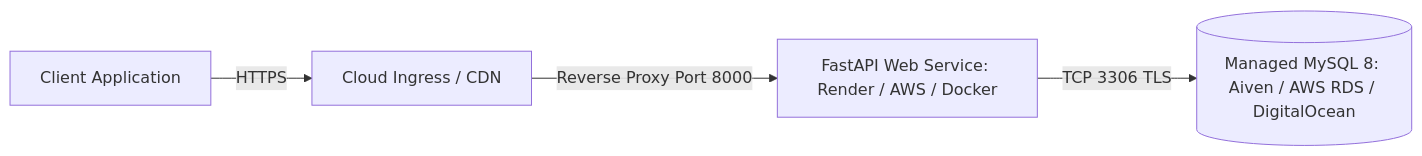
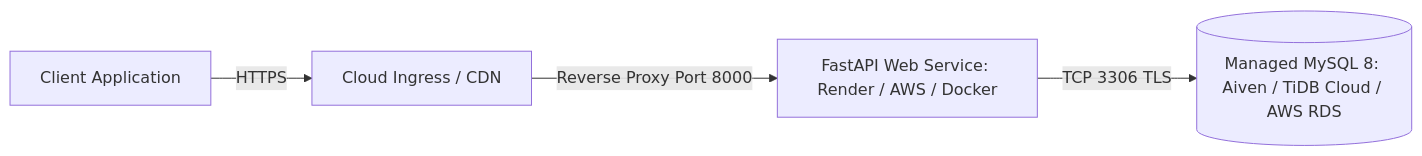
Before and after one commit to nithishjaikumar/InsightEngine: the diagram in docs/DEPLOYMENT_GUIDE.md, drawn with Mermaid. The commit also changed other lines of this file, not shown here.

Commit message:
docs: expand cloud deployment guide with provider comparison and setup instructions

````diff
--- a/docs/DEPLOYMENT_GUIDE.md
+++ b/docs/DEPLOYMENT_GUIDE.md
@@ -11,6 +11,6 @@
 ```mermaid
 graph LR
     User[Client Application] -->|HTTPS| Proxy[Cloud Ingress / CDN]
     Proxy -->|Reverse Proxy Port 8000| Service[FastAPI Web Service: Render / AWS / Docker]
-    Service -->|TCP 3306 TLS| DB[(Managed MySQL 8: Aiven / AWS RDS / DigitalOcean)]
+    Service -->|TCP 3306 TLS| DB[(Managed MySQL 8: Aiven / TiDB Cloud / AWS RDS)]
 ```
````
